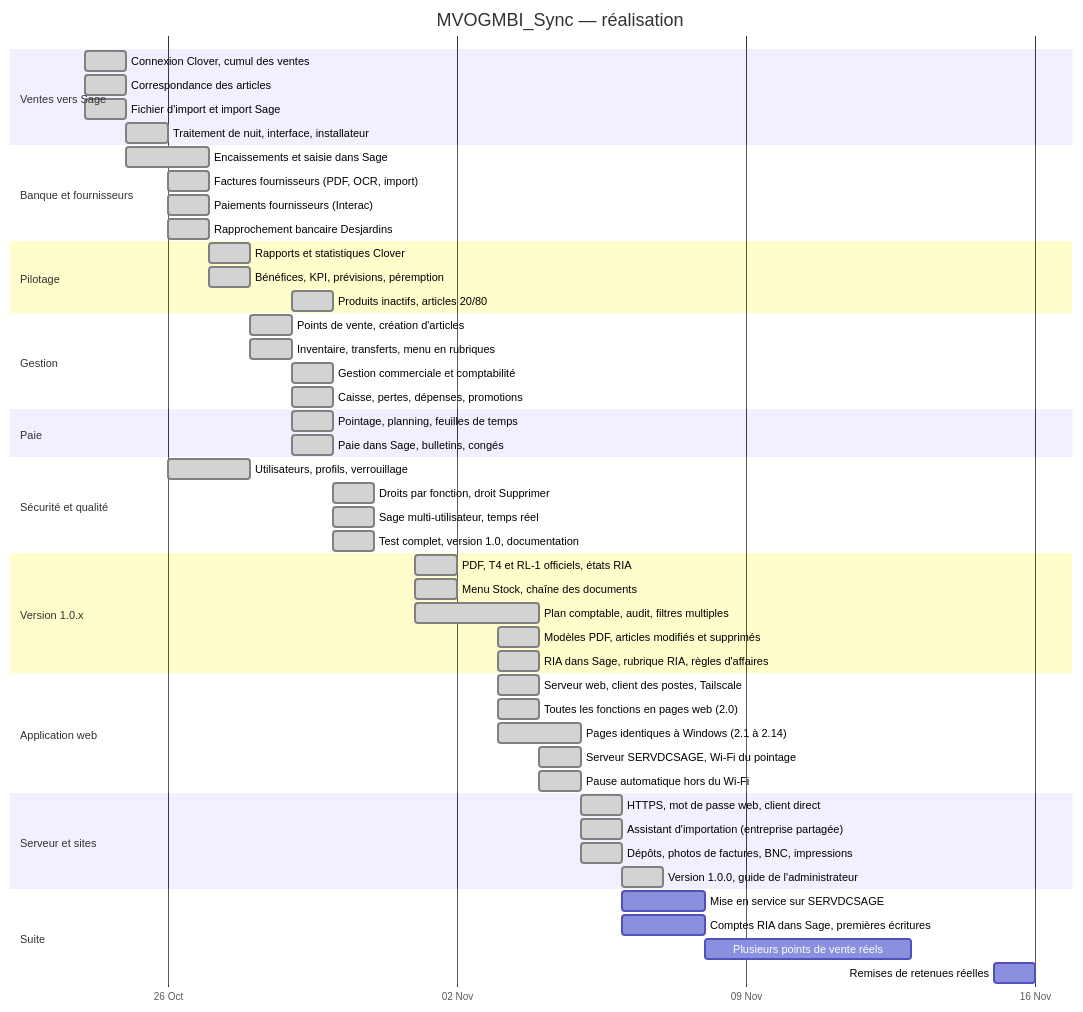
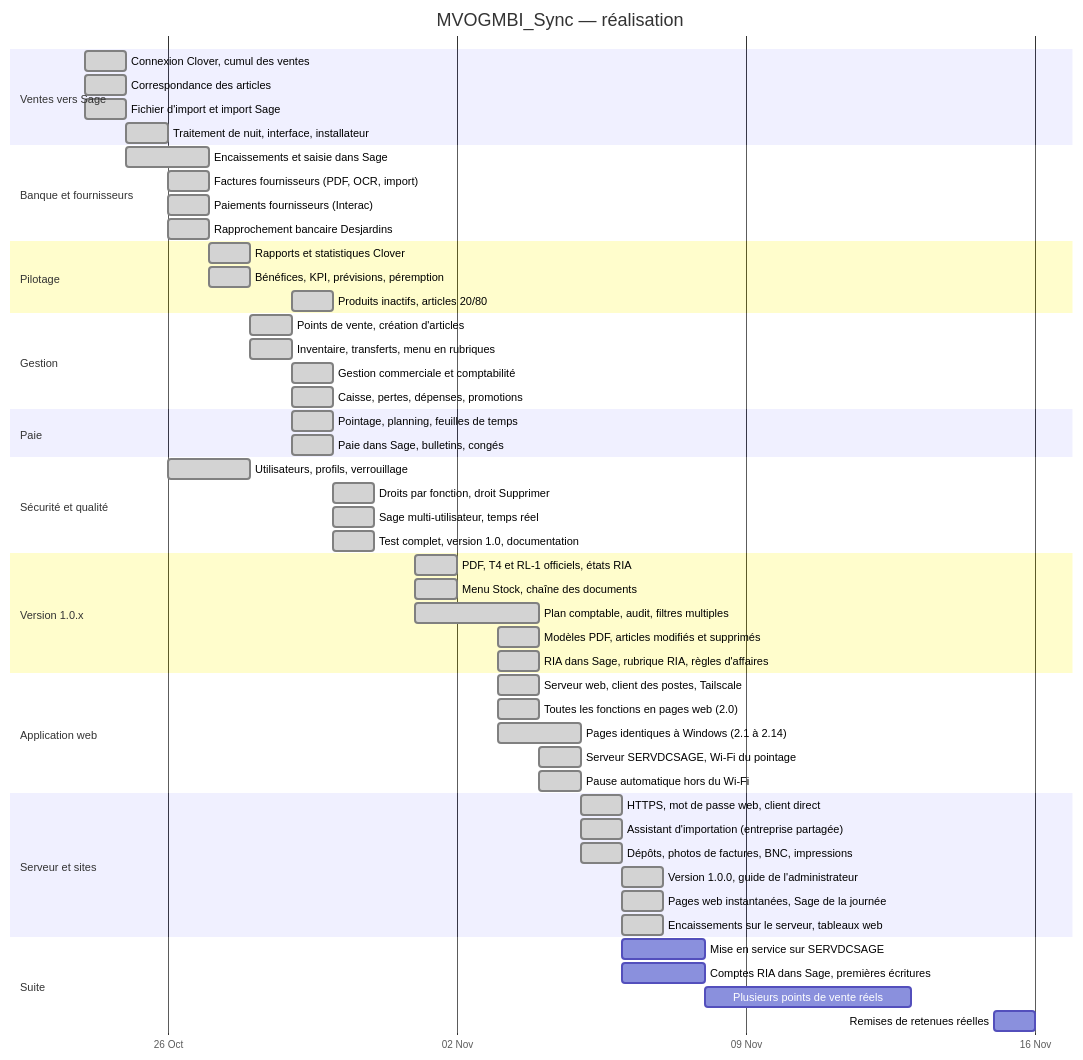
The first of 2 diagrams in documentation/PROJET.md (mteingueng-dot/MVOGMBI_Sync_2026.1), drawn with Mermaid before and after one commit. The commit also changed other lines of this file and 26 other files, not shown here.

````diff
--- a/documentation/PROJET.md
+++ b/documentation/PROJET.md
@@ -9,57 +9,59 @@
 ```mermaid
 gantt
     title MVOGMBI_Sync — réalisation
     dateFormat YYYY-MM-DD
     axisFormat %d %b
     tickInterval 1week
     weekday monday
     section Ventes vers Sage
     Connexion Clover, cumul des ventes          :done, a1, 2026-10-24, 1d
     Correspondance des articles                 :done, a2, 2026-10-24, 1d
     Fichier d'import et import Sage             :done, a3, 2026-10-24, 1d
     Traitement de nuit, interface, installateur :done, a4, 2026-10-25, 1d
     section Banque et fournisseurs
     Encaissements et saisie dans Sage           :done, b1, 2026-10-25, 2d
     Factures fournisseurs (PDF, OCR, import)    :done, b2, 2026-10-26, 1d
     Paiements fournisseurs (Interac)            :done, b3, 2026-10-26, 1d
     Rapprochement bancaire Desjardins           :done, b4, 2026-10-26, 1d
     section Pilotage
     Rapports et statistiques Clover             :done, c1, 2026-10-27, 1d
     Bénéfices, KPI, prévisions, péremption      :done, c2, 2026-10-27, 1d
     Produits inactifs, articles 20/80           :done, c3, 2026-10-29, 1d
     section Gestion
     Points de vente, création d'articles        :done, d1, 2026-10-28, 1d
     Inventaire, transferts, menu en rubriques   :done, d2, 2026-10-28, 1d
     Gestion commerciale et comptabilité         :done, d3, 2026-10-29, 1d
     Caisse, pertes, dépenses, promotions        :done, d4, 2026-10-29, 1d
     section Paie
     Pointage, planning, feuilles de temps       :done, e1, 2026-10-29, 1d
     Paie dans Sage, bulletins, congés           :done, e2, 2026-10-29, 1d
     section Sécurité et qualité
     Utilisateurs, profils, verrouillage         :done, f1, 2026-10-26, 2d
     Droits par fonction, droit Supprimer        :done, f2, 2026-10-30, 1d
     Sage multi-utilisateur, temps réel          :done, f3, 2026-10-30, 1d
     Test complet, version 1.0, documentation    :done, f4, 2026-10-30, 1d
     section Version 1.0.x
     PDF, T4 et RL-1 officiels, états RIA        :done, h1, 2026-11-01, 1d
     Menu Stock, chaîne des documents            :done, h2, 2026-11-01, 1d
     Plan comptable, audit, filtres multiples    :done, h3, 2026-11-01, 3d
     Modèles PDF, articles modifiés et supprimés :done, h4, 2026-11-03, 1d
     RIA dans Sage, rubrique RIA, règles d'affaires :done, h5, 2026-11-03, 1d
     section Application web
     Serveur web, client des postes, Tailscale   :done, w1, 2026-11-03, 1d
     Toutes les fonctions en pages web (2.0)     :done, w2, 2026-11-03, 1d
     Pages identiques à Windows (2.1 à 2.14)     :done, w3, 2026-11-03, 2d
     Serveur SERVDCSAGE, Wi-Fi du pointage       :done, w4, 2026-11-04, 1d
     Pause automatique hors du Wi-Fi             :done, w5, 2026-11-04, 1d
     section Serveur et sites
     HTTPS, mot de passe web, client direct      :done, x1, 2026-11-05, 1d
     Assistant d'importation (entreprise partagée) :done, x2, 2026-11-05, 1d
     Dépôts, photos de factures, BNC, impressions :done, x3, 2026-11-05, 1d
     Version 1.0.0, guide de l'administrateur    :done, x4, 2026-11-06, 1d
+    Pages web instantanées, Sage de la journée  :done, x5, 2026-11-06, 1d
+    Encaissements sur le serveur, tableaux web  :done, x6, 2026-11-06, 1d
     section Suite
     Mise en service sur SERVDCSAGE              :g4, 2026-11-06, 2d
     Comptes RIA dans Sage, premières écritures  :g0, 2026-11-06, 2d
     Plusieurs points de vente réels             :g1, 2026-11-08, 5d
     Remises de retenues réelles                 :g2, 2026-11-15, 1d
 ```
````
